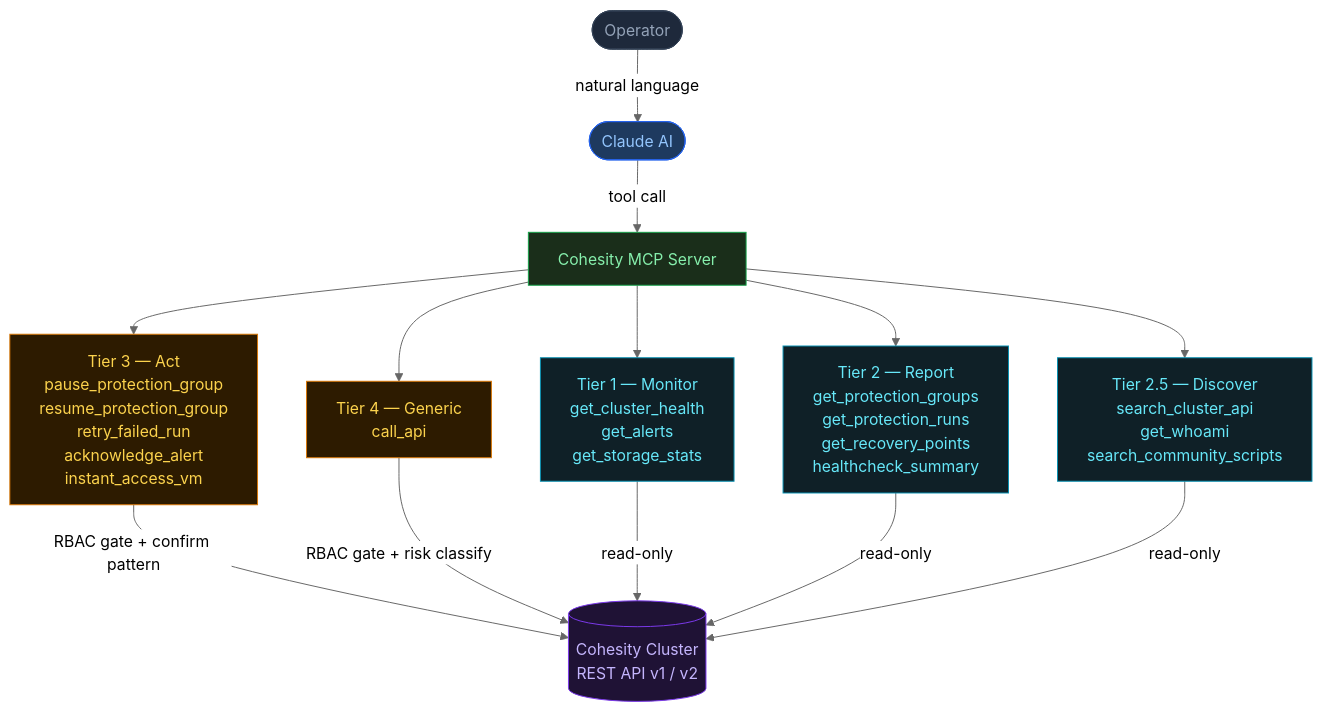
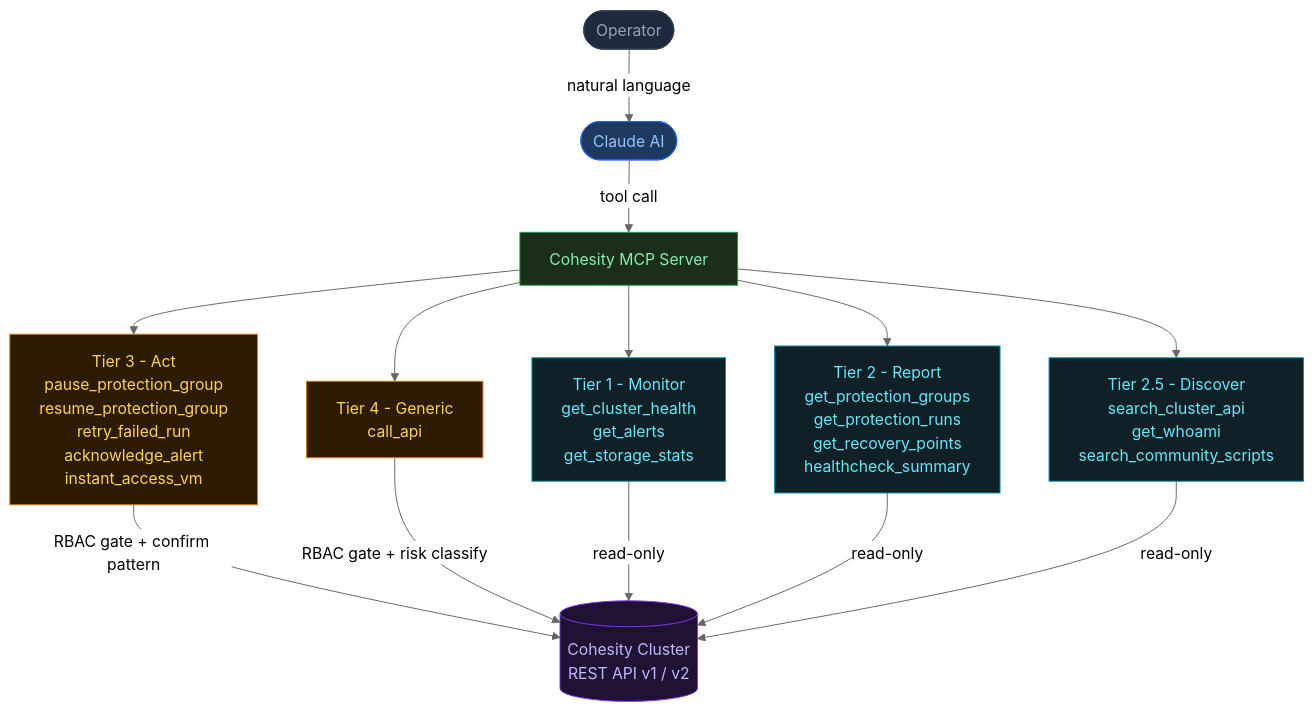
The diagram in blog/posts/cohesity-mcp-ai-integration.md (vishuadapa/portfolio), drawn with Mermaid (neutral theme) before and after one commit. The commit also changed other lines of this file, not shown here.

First line of the commit message:
Fix punctuation in cohesity-mcp-ai-integration.md

````diff
--- a/blog/posts/cohesity-mcp-ai-integration.md
+++ b/blog/posts/cohesity-mcp-ai-integration.md
@@ -53,22 +53,22 @@
 ```mermaid
 flowchart TD
     User([Operator]):::actor -->|natural language| Claude([Claude AI]):::ai
     Claude -->|tool call| MCP[Cohesity MCP Server]:::mcp
 
-    MCP --> T1["Tier 1 — Monitor\nget_cluster_health\nget_alerts\nget_storage_stats"]:::safe
-    MCP --> T2["Tier 2 — Report\nget_protection_groups\nget_protection_runs\nget_recovery_points\nhealthcheck_summary"]:::safe
-    MCP --> T25["Tier 2.5 — Discover\nsearch_cluster_api\nget_whoami\nsearch_community_scripts"]:::safe
-    MCP --> T3["Tier 3 — Act\npause_protection_group\nresume_protection_group\nretry_failed_run\nacknowledge_alert\ninstant_access_vm"]:::caution
-    MCP --> T4["Tier 4 — Generic\ncall_api"]:::caution
+    MCP --> T1["Tier 1 - Monitor\nget_cluster_health\nget_alerts\nget_storage_stats"]:::safe
+    MCP --> T2["Tier 2 - Report\nget_protection_groups\nget_protection_runs\nget_recovery_points\nhealthcheck_summary"]:::safe
+    MCP --> T25["Tier 2.5 - Discover\nsearch_cluster_api\nget_whoami\nsearch_community_scripts"]:::safe
+    MCP --> T3["Tier 3 - Act\npause_protection_group\nresume_protection_group\nretry_failed_run\nacknowledge_alert\ninstant_access_vm"]:::caution
+    MCP --> T4["Tier 4 - Generic\ncall_api"]:::caution
 
     T3 -->|RBAC gate + confirm pattern| Cluster[("Cohesity Cluster\nREST API v1 / v2")]:::infra
     T4 -->|RBAC gate + risk classify| Cluster
     T1 & T2 & T25 -->|read-only| Cluster
 
     classDef actor fill:#1e293b,color:#94a3b8,stroke:#334155
     classDef ai fill:#1e3a5f,color:#93c5fd,stroke:#2563eb
     classDef mcp fill:#1a2e1a,color:#86efac,stroke:#16a34a
     classDef safe fill:#0f2027,color:#67e8f9,stroke:#0891b2
     classDef caution fill:#2d1b00,color:#fcd34d,stroke:#d97706
     classDef infra fill:#1f1235,color:#c4b5fd,stroke:#7c3aed
 ```
````
